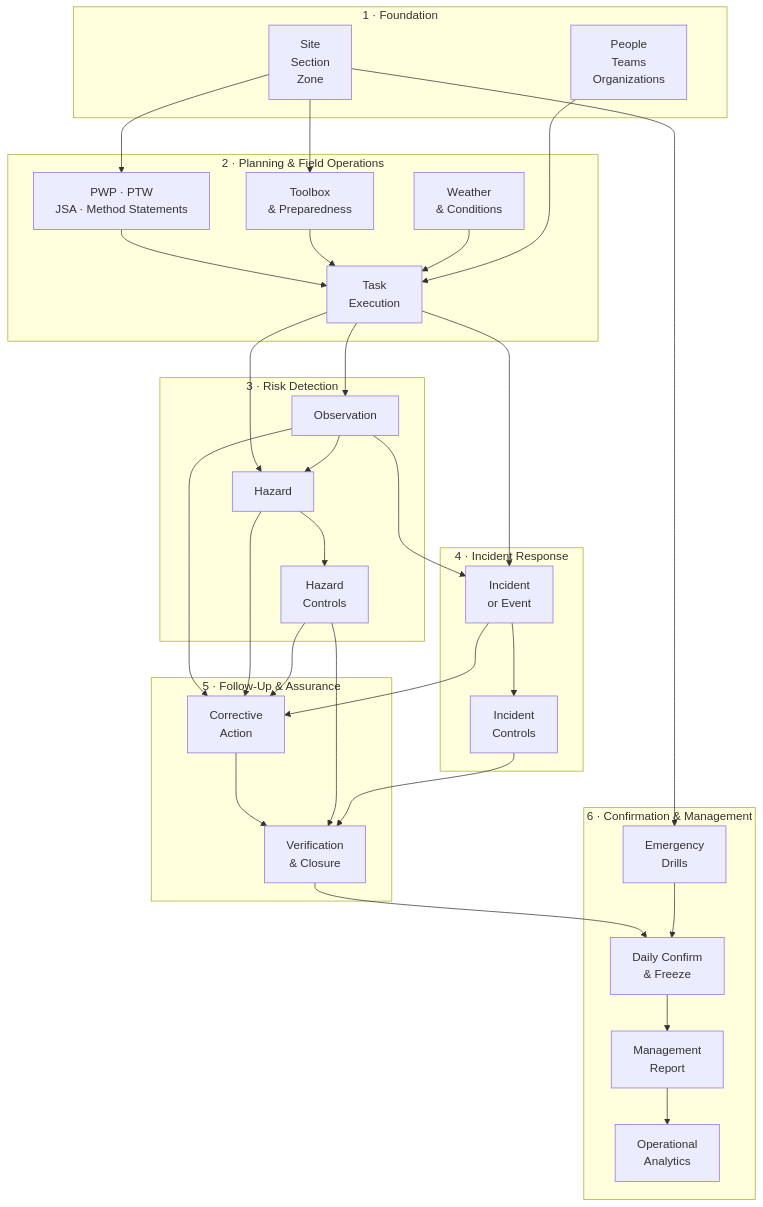
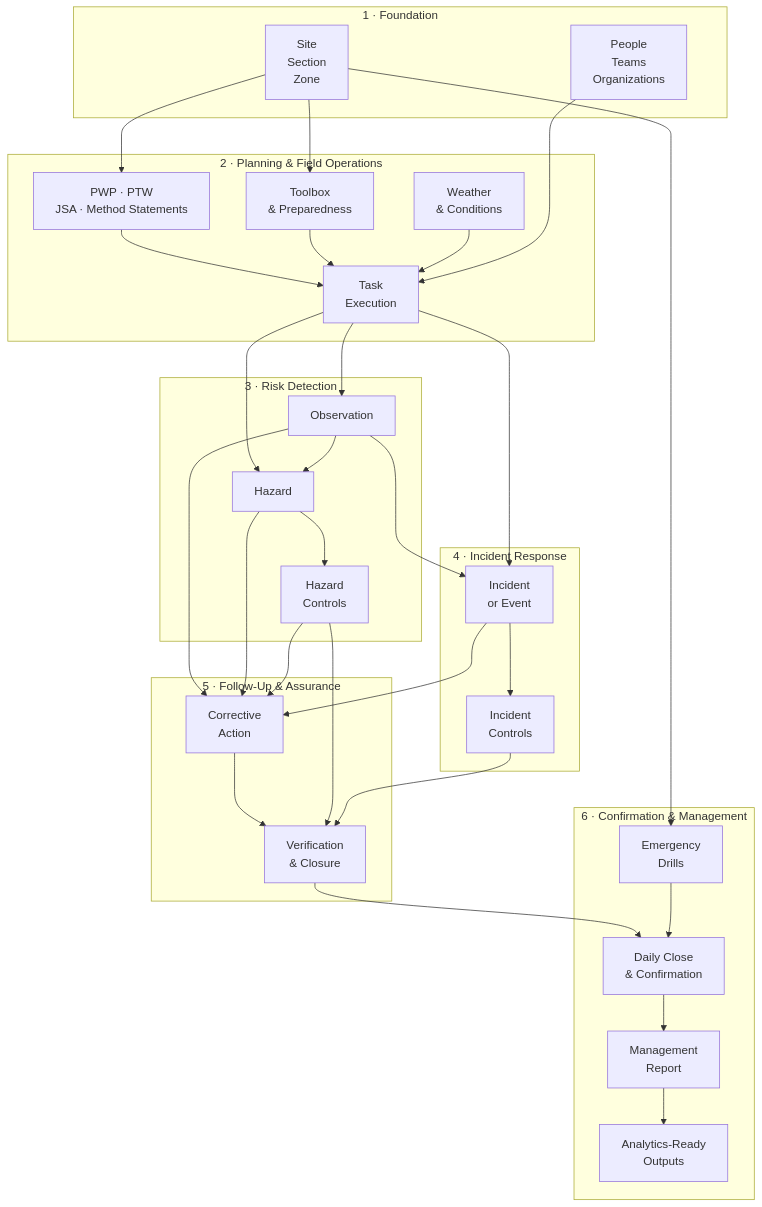
Before and after one commit to Euchie23/Euchie23: the second of 2 diagrams in README.md, drawn with Mermaid.

Commit message:
Update confirmation and analytics section in README

````diff
--- a/README.md
+++ b/README.md
@@ -203,70 +203,70 @@
 ```mermaid
 flowchart TB
 
     subgraph F1["1 · Foundation"]
         SITE["Site<br/>Section<br/>Zone"]
         PEOPLE["People<br/>Teams<br/>Organizations"]
     end
 
     subgraph F2["2 · Planning & Field Operations"]
         PLAN["PWP · PTW<br/>JSA · Method Statements"]
         TOOLBOX["Toolbox<br/>& Preparedness"]
         TASK["Task<br/>Execution"]
         WEATHER["Weather<br/>& Conditions"]
 
         PLAN --> TASK
         TOOLBOX --> TASK
         WEATHER --> TASK
     end
 
     subgraph F3["3 · Risk Detection"]
         OBS["Observation"]
         HAZ["Hazard"]
         HCTRL["Hazard<br/>Controls"]
 
         TASK --> OBS
         TASK --> HAZ
         OBS --> HAZ
         HAZ --> HCTRL
     end
 
     subgraph F4["4 · Incident Response"]
         INC["Incident<br/>or Event"]
         ICTRL["Incident<br/>Controls"]
 
         TASK --> INC
         OBS --> INC
         INC --> ICTRL
     end
 
     subgraph F5["5 · Follow-Up & Assurance"]
         CA["Corrective<br/>Action"]
         VERIFY["Verification<br/>& Closure"]
 
         OBS --> CA
         HAZ --> CA
         HCTRL --> CA
         INC --> CA
 
         CA --> VERIFY
         HCTRL --> VERIFY
         ICTRL --> VERIFY
     end
 
     subgraph F6["6 · Confirmation & Management"]
         DRILL["Emergency<br/>Drills"]
-        CONFIRM["Daily Confirm<br/>& Freeze"]
+        CONFIRM["Daily Close<br/>& Confirmation"]
         REPORT["Management<br/>Report"]
-        ANALYTICS["Operational<br/>Analytics"]
+        ANALYTICS["Analytics-Ready<br/>Outputs"]
 
         VERIFY --> CONFIRM
         DRILL --> CONFIRM
         CONFIRM --> REPORT
         REPORT --> ANALYTICS
     end
 
     SITE --> PLAN
     SITE --> TOOLBOX
     PEOPLE --> TASK
     SITE --> DRILL
 ```
````
